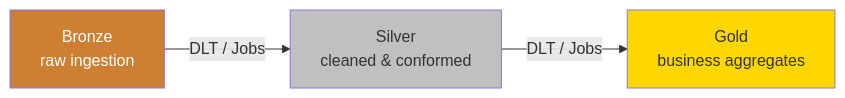
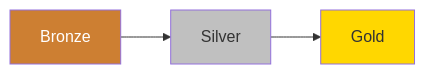
Before and after one commit to adnanrahin/adnanrahin.github.io: the fourth of 5 diagrams in data-architecture/data-lakehouse.md, drawn with Mermaid. The commit also changed other lines of this file and 5 other files, not shown here.

````diff
--- a/data-architecture/data-lakehouse.md
+++ b/data-architecture/data-lakehouse.md
@@ -191,11 +114,7 @@
 ```mermaid
 flowchart LR
-    B["Bronze<br/>raw ingestion"]
-    S["Silver<br/>cleaned & conformed"]
-    G["Gold<br/>business aggregates"]
-    B -->|"DLT / Jobs"| S -->|"DLT / Jobs"| G
-
+    B["Bronze"] --> S["Silver"] --> G["Gold"]
     style B fill:#CD7F32,color:#fff
     style S fill:#C0C0C0,color:#333
     style G fill:#FFD700,color:#333
 ```
````
